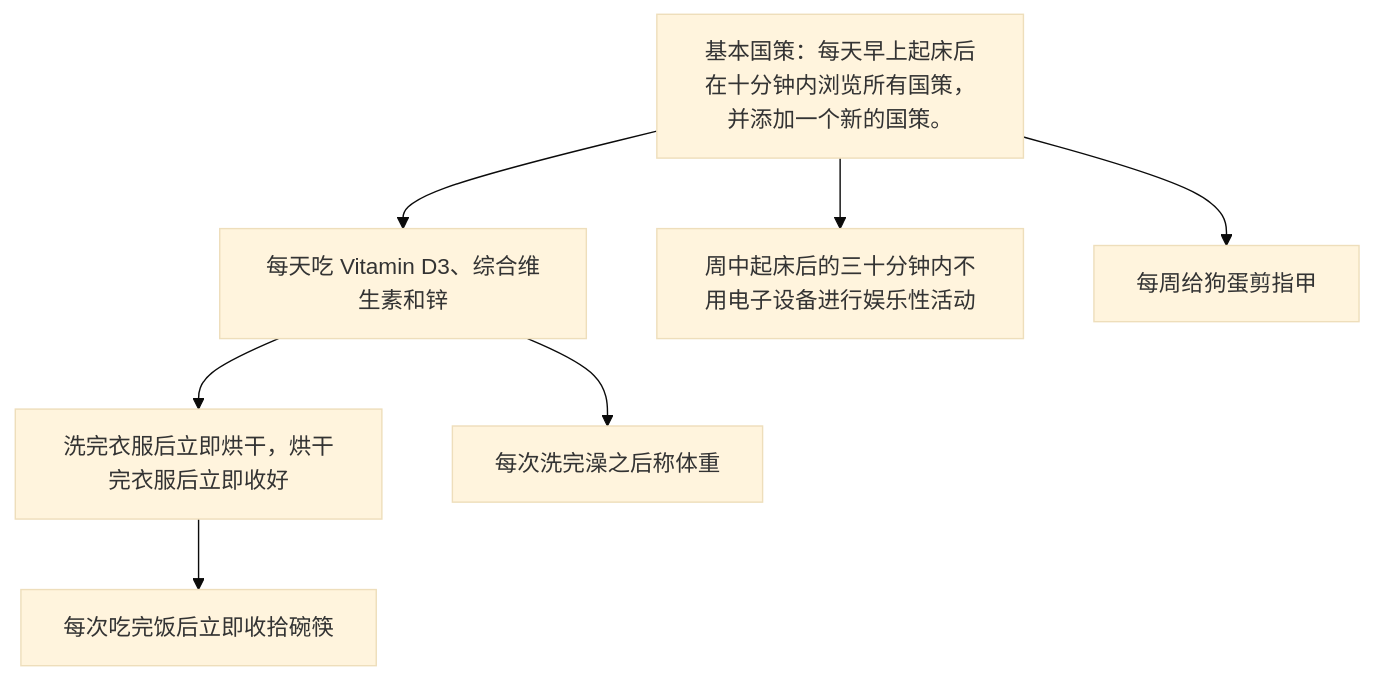
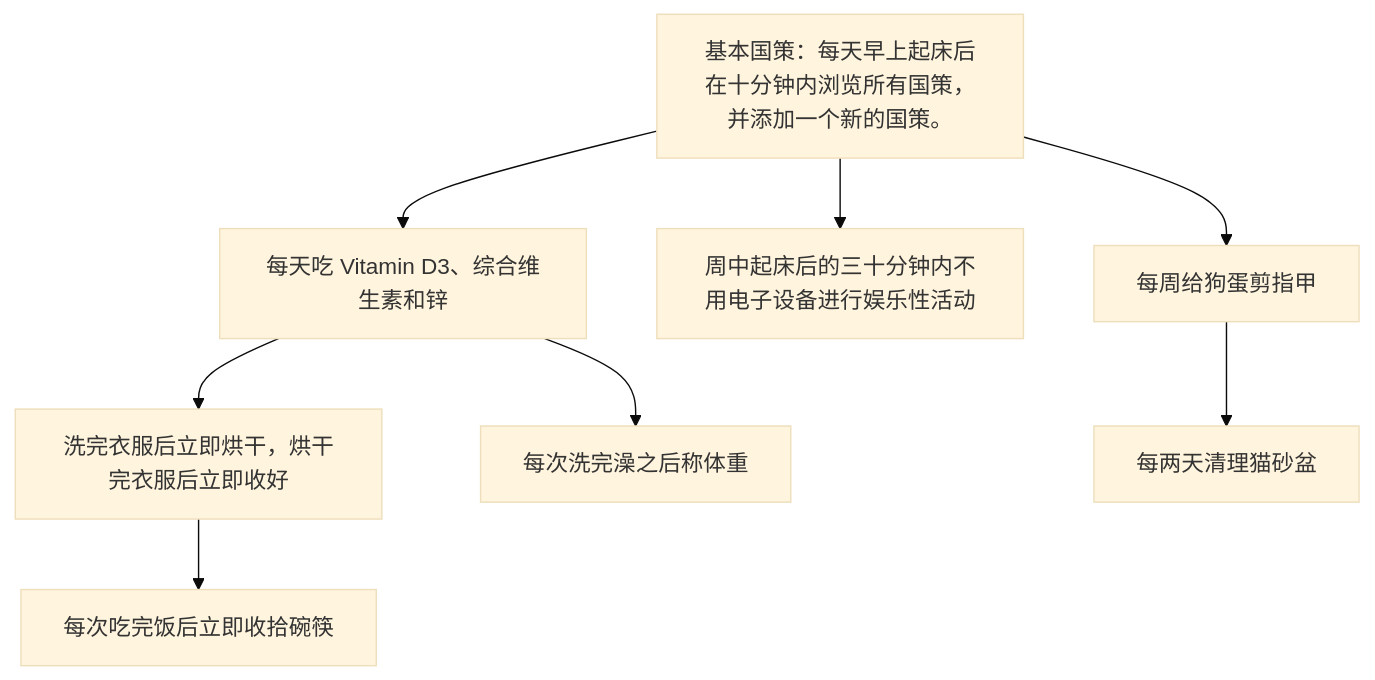
Before and after one commit to HeavyWhale/RSIP: the diagram in national_policies.mermaid, drawn with Mermaid (base theme).

```diff
--- a/national_policies.mermaid
+++ b/national_policies.mermaid
@@ -1,8 +1,9 @@
 graph TD
     A[基本国策：每天早上起床后在十分钟内浏览所有国策，并添加一个新的国策。]
     A --> B[每天吃 Vitamin D3、综合维生素和锌]
     B --> BA[洗完衣服后立即烘干，烘干完衣服后立即收好]
     BA --> BAA[每次吃完饭后立即收拾碗筷]
     B --> BB[每次洗完澡之后称体重]
     A --> C[周中起床后的三十分钟内不用电子设备进行娱乐性活动]
     A --> D[每周给狗蛋剪指甲]
+    D --> DA[每两天清理猫砂盆]
```
